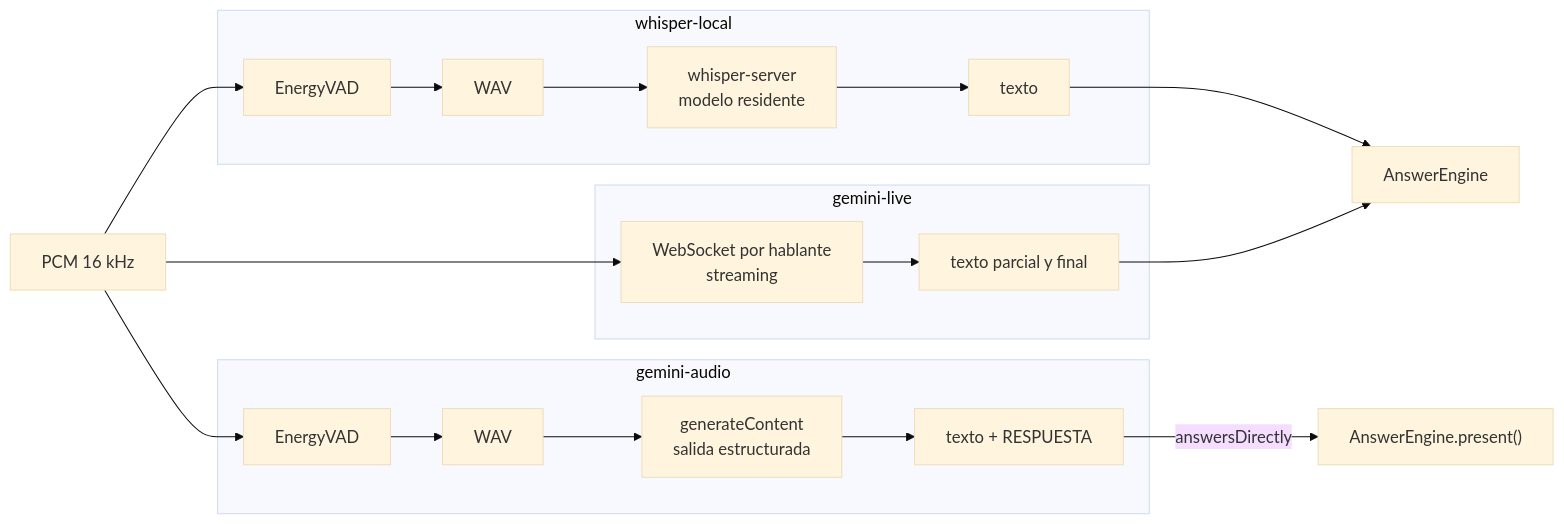
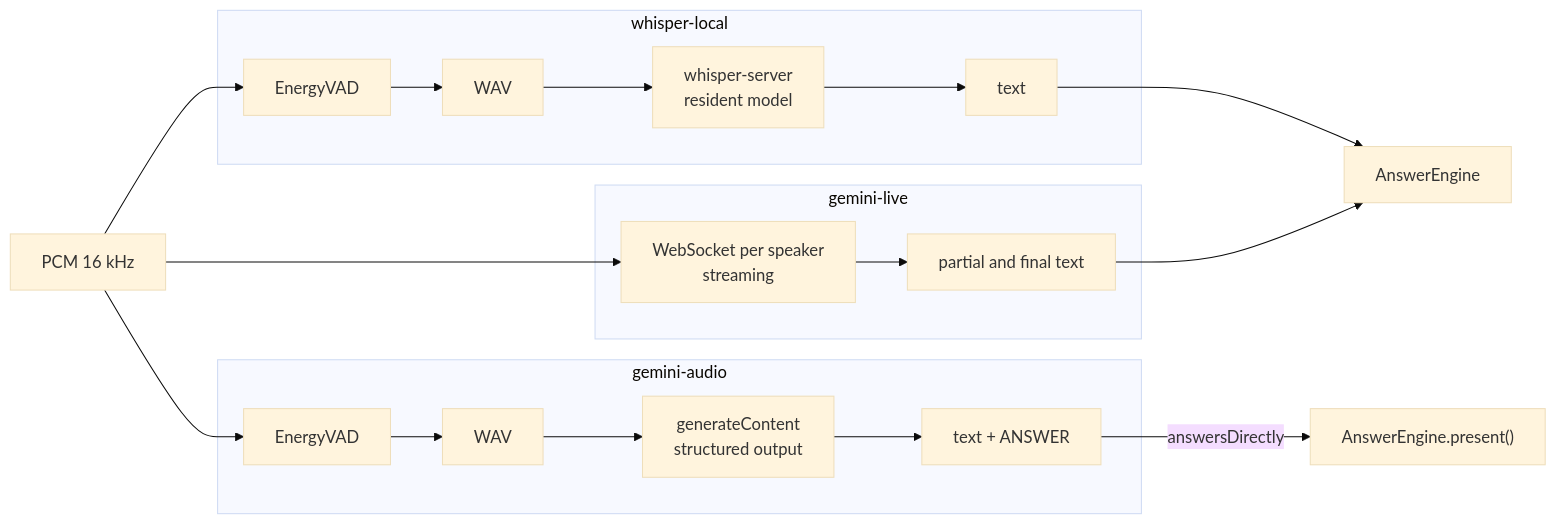
The third of 7 diagrams in ARCHITECTURE.md (cflarios/Tayori), drawn with Mermaid (base theme) before and after one commit. The commit also changed other lines of this file and 2 other files, not shown here.

First line of the commit message:
docs: translate ARCHITECTURE.md to English

````diff
--- a/ARCHITECTURE.md
+++ b/ARCHITECTURE.md
@@ -129,24 +129,24 @@
 ```mermaid
 flowchart LR
     PCM["PCM 16 kHz"]
 
     subgraph local["whisper-local"]
-        V1["EnergyVAD"] --> WAV1["WAV"] --> SRV["whisper-server<br/>modelo residente"] --> TXT1["texto"]
+        V1["EnergyVAD"] --> WAV1["WAV"] --> SRV["whisper-server<br/>resident model"] --> TXT1["text"]
     end
 
     subgraph live["gemini-live"]
-        WS["WebSocket por hablante<br/>streaming"] --> TXT2["texto parcial y final"]
+        WS["WebSocket per speaker<br/>streaming"] --> TXT2["partial and final text"]
     end
 
     subgraph direct["gemini-audio"]
-        V2["EnergyVAD"] --> WAV2["WAV"] --> GEN["generateContent<br/>salida estructurada"] --> BOTH["texto + RESPUESTA"]
+        V2["EnergyVAD"] --> WAV2["WAV"] --> GEN["generateContent<br/>structured output"] --> BOTH["text + ANSWER"]
     end
 
     PCM --> V1
     PCM --> WS
     PCM --> V2
 
     TXT1 --> ENGINE["AnswerEngine"]
     TXT2 --> ENGINE
     BOTH -- "answersDirectly" --> PRESENT["AnswerEngine.present()"]
 ```
````
